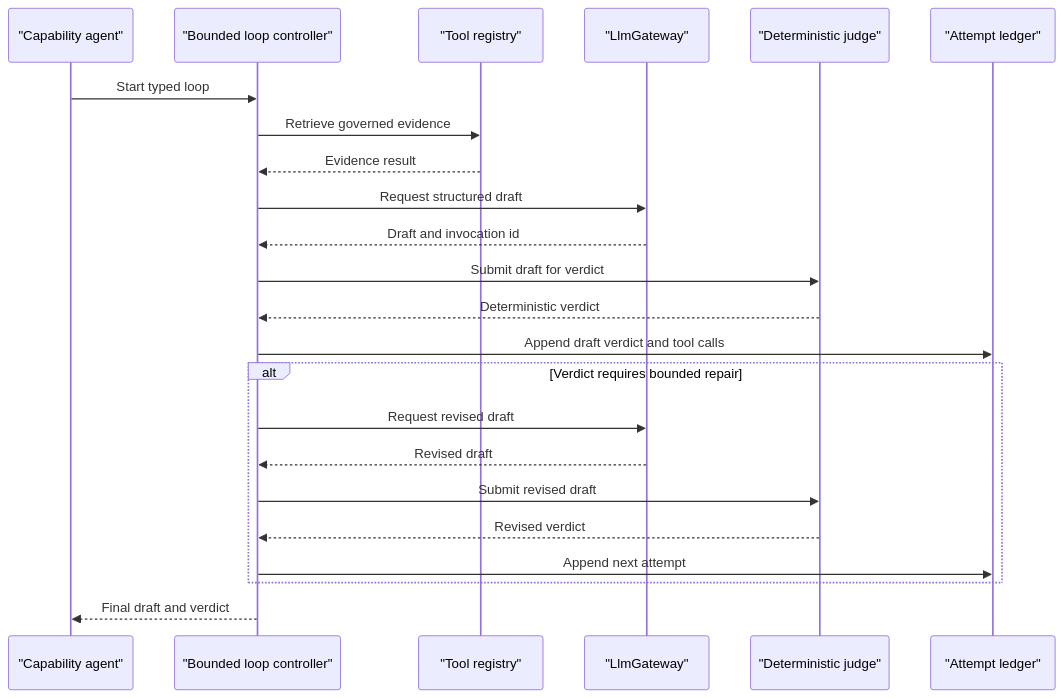
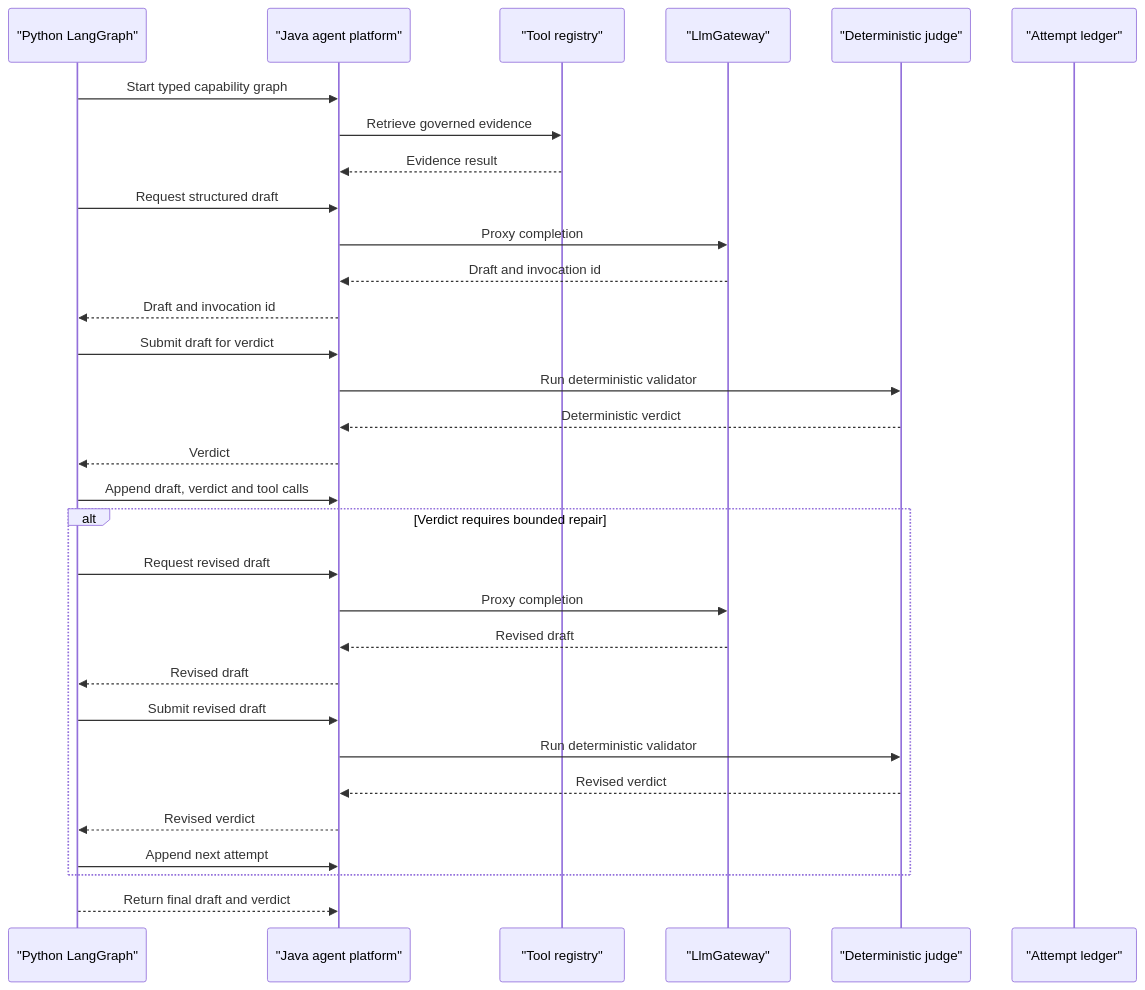
Before and after one commit to mohangundappa/aurora-model-studio: the diagram in docs/design/cross-cutting-agent-platform.md, drawn with Mermaid. The commit also changed other lines of this file and 17 other files, not shown here.

Commit message:
docs: apply the per-layer technology rule of React, Spring Boot and Python LangGraph

````diff
--- a/docs/design/cross-cutting-agent-platform.md
+++ b/docs/design/cross-cutting-agent-platform.md
@@ -107,25 +105,33 @@
 ```mermaid
 sequenceDiagram
-  participant A as "Capability agent"
-  participant L as "Bounded loop controller"
+  participant P as "Python LangGraph"
+  participant J as "Java agent platform"
   participant T as "Tool registry"
   participant G as "LlmGateway"
   participant V as "Deterministic judge"
   participant D as "Attempt ledger"
-  A->>L: Start typed loop
-  L->>T: Retrieve governed evidence
-  T-->>L: Evidence result
-  L->>G: Request structured draft
-  G-->>L: Draft and invocation id
-  L->>V: Submit draft for verdict
-  V-->>L: Deterministic verdict
-  L->>D: Append draft verdict and tool calls
+  P->>J: Start typed capability graph
+  J->>T: Retrieve governed evidence
+  T-->>J: Evidence result
+  P->>J: Request structured draft
+  J->>G: Proxy completion
+  G-->>J: Draft and invocation id
+  J-->>P: Draft and invocation id
+  P->>J: Submit draft for verdict
+  J->>V: Run deterministic validator
+  V-->>J: Deterministic verdict
+  J-->>P: Verdict
+  P->>J: Append draft, verdict and tool calls
   alt Verdict requires bounded repair
-    L->>G: Request revised draft
-    G-->>L: Revised draft
-    L->>V: Submit revised draft
-    V-->>L: Revised verdict
-    L->>D: Append next attempt
+    P->>J: Request revised draft
+    J->>G: Proxy completion
+    G-->>J: Revised draft
+    J-->>P: Revised draft
+    P->>J: Submit revised draft
+    J->>V: Run deterministic validator
+    V-->>J: Revised verdict
+    J-->>P: Revised verdict
+    P->>J: Append next attempt
   end
-  L-->>A: Final draft and verdict
+  P-->>J: Return final draft and verdict
 ```
````
